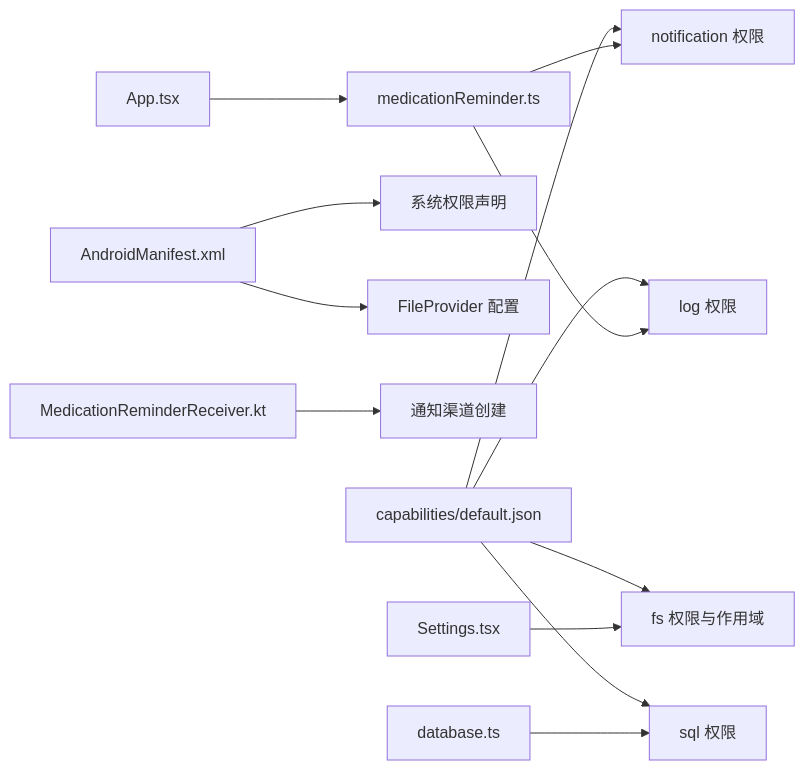
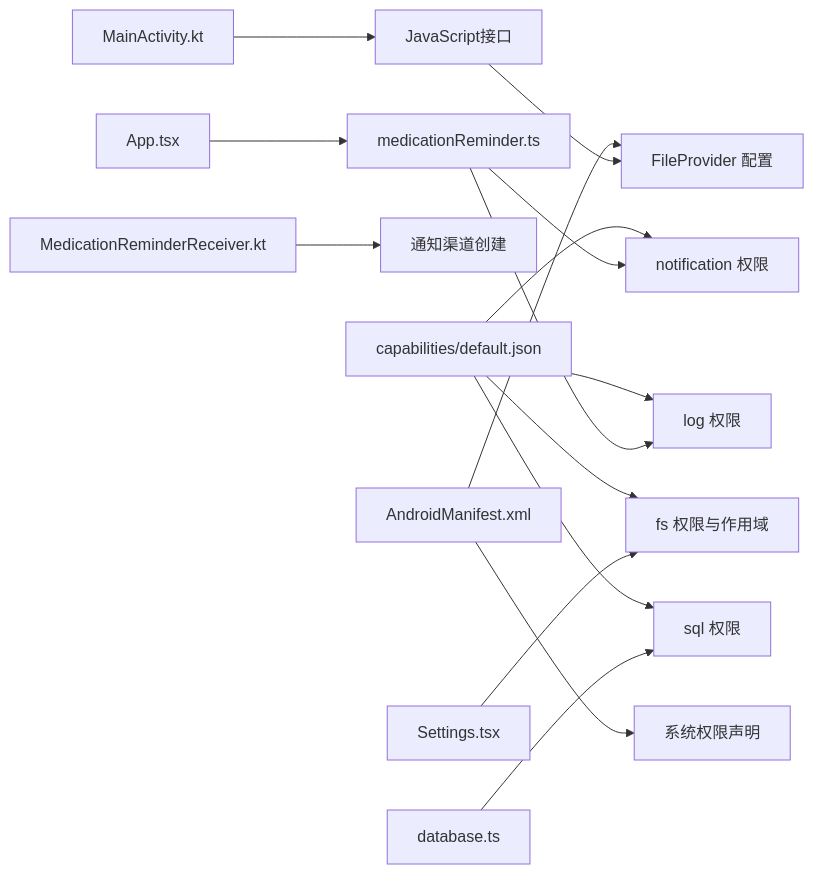
The sixth of 7 diagrams in .qoder/repowiki/zh/content/系统集成/系统集成.md (yn-zxj/Assetly), drawn with Mermaid before and after one commit. The commit also changed other lines of this file and 14 other files, not shown here.

````diff
--- a/.qoder/repowiki/zh/content/系统集成/系统集成.md
+++ b/.qoder/repowiki/zh/content/系统集成/系统集成.md
@@ -253,15 +279,17 @@
 ```mermaid
 graph LR
 CAP["capabilities/default.json"] --> FS["fs 权限与作用域"]
 CAP --> SQL["sql 权限"]
 CAP --> NOTI["notification 权限"]
 CAP --> LOGP["log 权限"]
 MANI["AndroidManifest.xml"] --> PERM["系统权限声明"]
 MANI --> FP["FileProvider 配置"]
 REC["MedicationReminderReceiver.kt"] --> CH["通知渠道创建"]
+MAIN["MainActivity.kt"] --> JS["JavaScript接口"]
 APP["App.tsx"] --> REM["medicationReminder.ts"]
 REM --> NOTI
 REM --> LOGP
 SET["Settings.tsx"] --> FS
 DB["database.ts"] --> SQL
+JS --> FP
 ```
````
